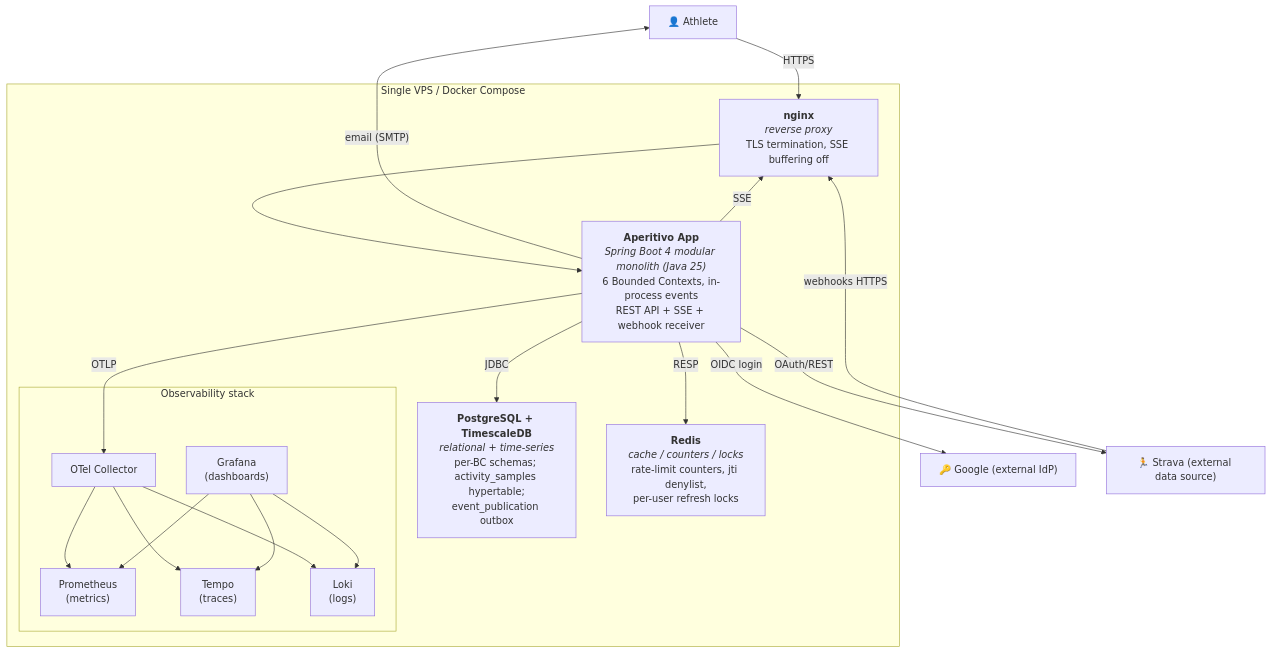
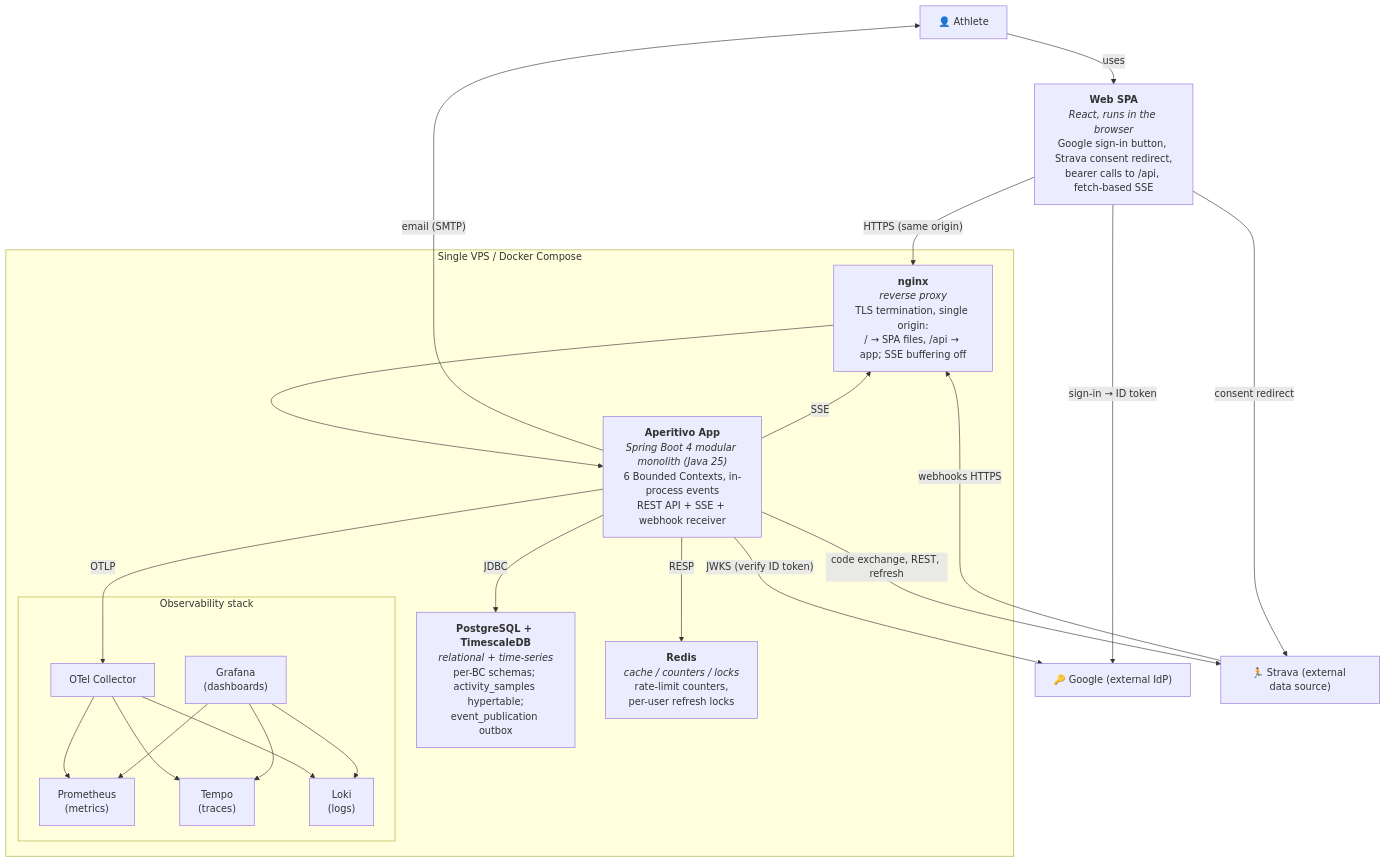
The diagram in docs/diagrams/c4/level-2-containers.md (PrimaryInspection2/aperitivo), drawn with Mermaid before and after one commit. The commit also changed other lines of this file and 64 other files, not shown here.

````diff
--- a/docs/diagrams/c4/level-2-containers.md
+++ b/docs/diagrams/c4/level-2-containers.md
@@ -21,36 +21,41 @@
 ```mermaid
 flowchart TB
     Athlete["👤 Athlete"]
     Google["🔑 Google (external IdP)"]
     Strava["🏃 Strava (external data source)"]
 
     subgraph Host["Single VPS / Docker Compose"]
-        NGINX["<b>nginx</b><br/><i>reverse proxy</i><br/>TLS termination, SSE buffering off"]
+        NGINX["<b>nginx</b><br/><i>reverse proxy</i><br/>TLS termination, single origin:<br/>/ → SPA files, /api → app; SSE buffering off"]
 
         APP["<b>Aperitivo App</b><br/><i>Spring Boot 4 modular monolith (Java 25)</i><br/>6 Bounded Contexts, in-process events<br/>REST API + SSE + webhook receiver"]
 
         PG["<b>PostgreSQL + TimescaleDB</b><br/><i>relational + time-series</i><br/>per-BC schemas; activity_samples hypertable;<br/>event_publication outbox"]
-        REDIS["<b>Redis</b><br/><i>cache / counters / locks</i><br/>rate-limit counters, jti denylist,<br/>per-user refresh locks"]
+        REDIS["<b>Redis</b><br/><i>cache / counters / locks</i><br/>rate-limit counters,<br/>per-user refresh locks"]
 
         subgraph OBS["Observability stack"]
             OTEL["OTel Collector"]
             PROM["Prometheus<br/>(metrics)"]
             TEMPO["Tempo<br/>(traces)"]
             LOKI["Loki<br/>(logs)"]
             GRAF["Grafana<br/>(dashboards)"]
         end
     end
 
-    Athlete -->|HTTPS| NGINX
+    SPA["<b>Web SPA</b><br/><i>React, runs in the browser</i><br/>Google sign-in button, Strava consent redirect,<br/>bearer calls to /api, fetch-based SSE"]
+
+    Athlete -->|uses| SPA
+    SPA -->|"HTTPS (same origin)"| NGINX
+    SPA -->|"sign-in → ID token"| Google
+    SPA -->|"consent redirect"| Strava
     Strava -->|webhooks HTTPS| NGINX
     NGINX --> APP
-    APP -->|"OIDC login"| Google
-    APP -->|OAuth/REST| Strava
+    APP -->|"JWKS (verify ID token)"| Google
+    APP -->|"code exchange, REST, refresh"| Strava
     APP -->|JDBC| PG
     APP -->|RESP| REDIS
     APP -->|OTLP| OTEL
     OTEL --> PROM & TEMPO & LOKI
     GRAF --> PROM & TEMPO & LOKI
     APP -->|"email (SMTP)"| Athlete
     APP -->|"SSE"| NGINX
 ```
````
